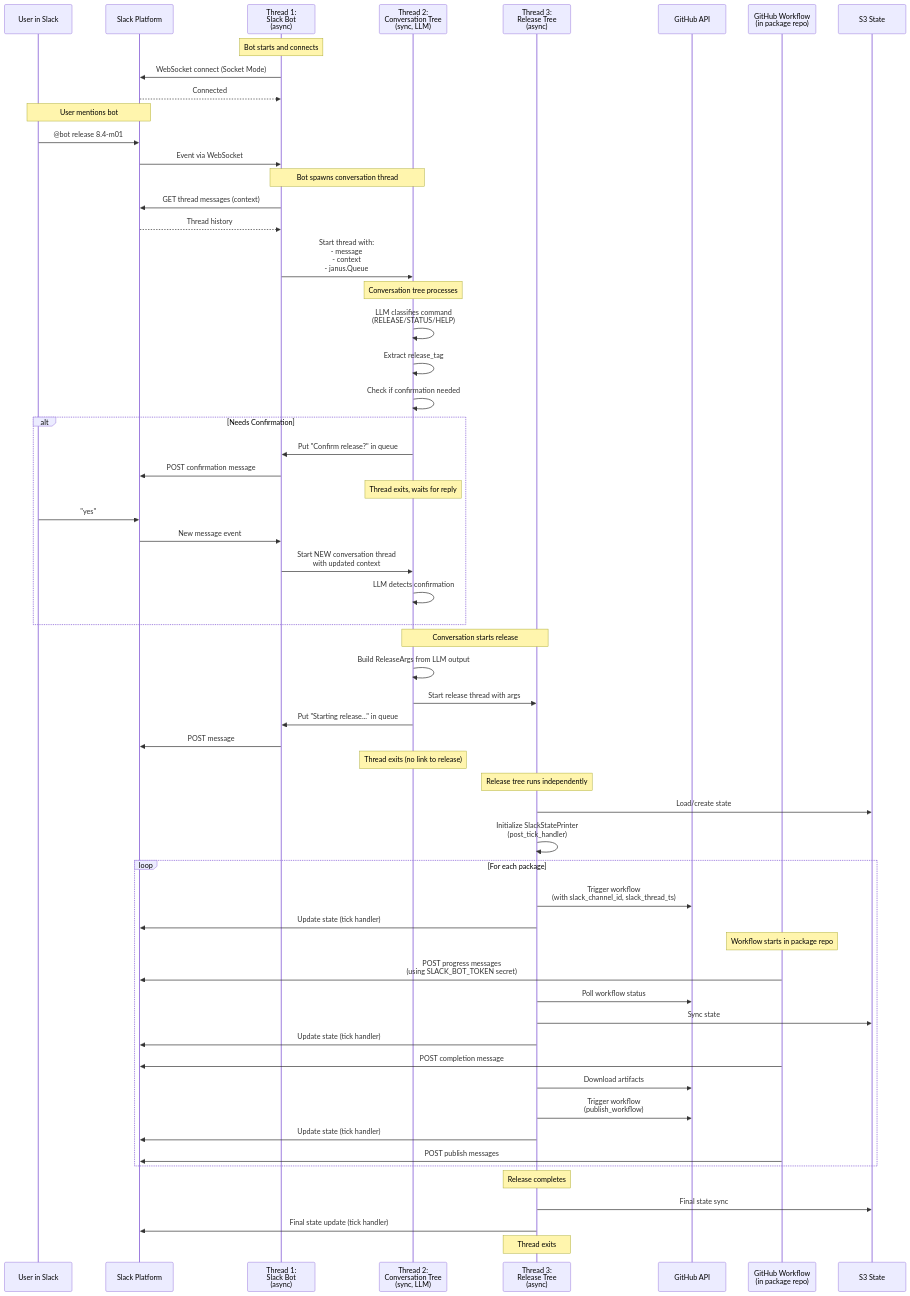
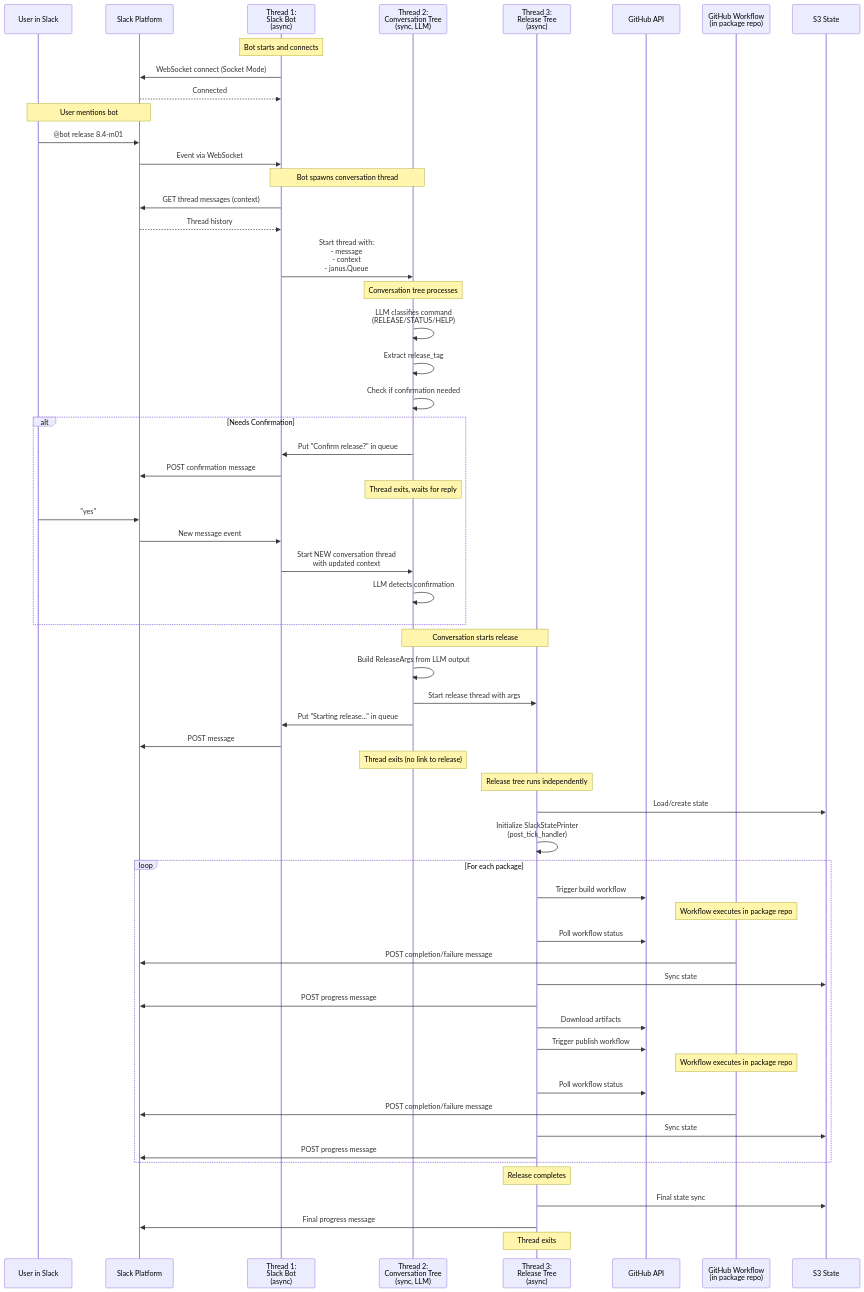
The diagram in docs/slack-bot-architecture.md (redis-developer/redis-oss-release-automation), drawn with Mermaid before and after one commit.

Commit message:
Update diagram

````diff
--- a/docs/slack-bot-architecture.md
+++ b/docs/slack-bot-architecture.md
@@ -15,70 +15,71 @@
 ```mermaid
 sequenceDiagram
     participant User as User in Slack
     participant Slack as Slack Platform
     participant Bot as Thread 1:<br/>Slack Bot<br/>(async)
     participant Conv as Thread 2:<br/>Conversation Tree<br/>(sync, LLM)
     participant Rel as Thread 3:<br/>Release Tree<br/>(async)
     participant GH as GitHub API
     participant Workflow as GitHub Workflow<br/>(in package repo)
     participant S3 as S3 State
 
     Note over Bot: Bot starts and connects
     Bot->>Slack: WebSocket connect (Socket Mode)
     Slack-->>Bot: Connected
 
     Note over User,Slack: User mentions bot
     User->>Slack: @bot release 8.4-m01
     Slack->>Bot: Event via WebSocket
 
     Note over Bot,Conv: Bot spawns conversation thread
     Bot->>Slack: GET thread messages (context)
     Slack-->>Bot: Thread history
     Bot->>Conv: Start thread with:<br/>- message<br/>- context<br/>- janus.Queue
 
     Note over Conv: Conversation tree processes
     Conv->>Conv: LLM classifies command<br/>(RELEASE/STATUS/HELP)
     Conv->>Conv: Extract release_tag
     Conv->>Conv: Check if confirmation needed
 
     alt Needs Confirmation
         Conv->>Bot: Put "Confirm release?" in queue
         Bot->>Slack: POST confirmation message
         Note over Conv: Thread exits, waits for reply
         User->>Slack: "yes"
         Slack->>Bot: New message event
         Bot->>Conv: Start NEW conversation thread<br/>with updated context
         Conv->>Conv: LLM detects confirmation
     end
 
     Note over Conv,Rel: Conversation starts release
     Conv->>Conv: Build ReleaseArgs from LLM output
     Conv->>Rel: Start release thread with args
     Conv->>Bot: Put "Starting release..." in queue
     Bot->>Slack: POST message
     Note over Conv: Thread exits (no link to release)
 
     Note over Rel: Release tree runs independently
     Rel->>S3: Load/create state
     Rel->>Rel: Initialize SlackStatePrinter<br/>(post_tick_handler)
 
     loop For each package
-        Rel->>GH: Trigger workflow<br/>(with slack_channel_id, slack_thread_ts)
-        Rel->>Slack: Update state (tick handler)
-        Note over Workflow: Workflow starts in package repo
-        Workflow->>Slack: POST progress messages<br/>(using SLACK_BOT_TOKEN secret)
+        Rel->>GH: Trigger build workflow
+        Note over Workflow: Workflow executes in package repo
         Rel->>GH: Poll workflow status
+        Workflow->>Slack: POST completion/failure message
         Rel->>S3: Sync state
-        Rel->>Slack: Update state (tick handler)
-        Workflow->>Slack: POST completion message
+        Rel->>Slack: POST progress message
         Rel->>GH: Download artifacts
-        Rel->>GH: Trigger workflow<br/>(publish_workflow)
-        Rel->>Slack: Update state (tick handler)
-        Workflow->>Slack: POST publish messages
+        Rel->>GH: Trigger publish workflow
+        Note over Workflow: Workflow executes in package repo
+        Rel->>GH: Poll workflow status
+        Workflow->>Slack: POST completion/failure message
+        Rel->>S3: Sync state
+        Rel->>Slack: POST progress message
     end
 
     Note over Rel: Release completes
     Rel->>S3: Final state sync
-    Rel->>Slack: Final state update (tick handler)
+    Rel->>Slack: Final progress message
     Note over Rel: Thread exits
 ```
````
